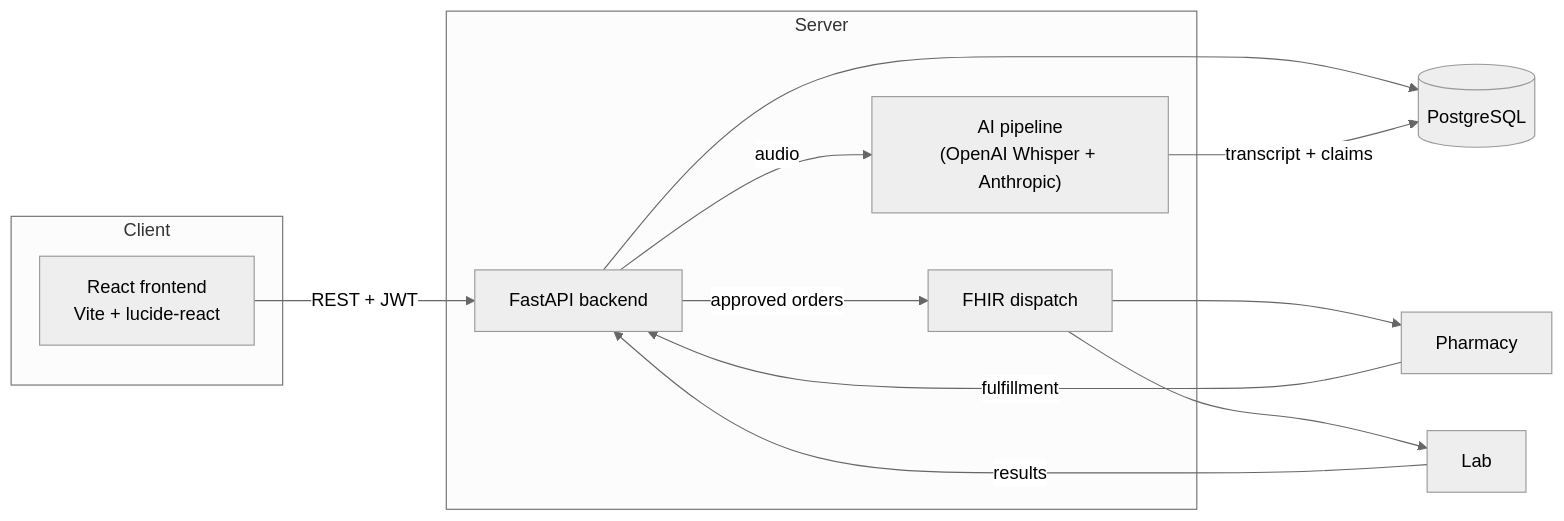
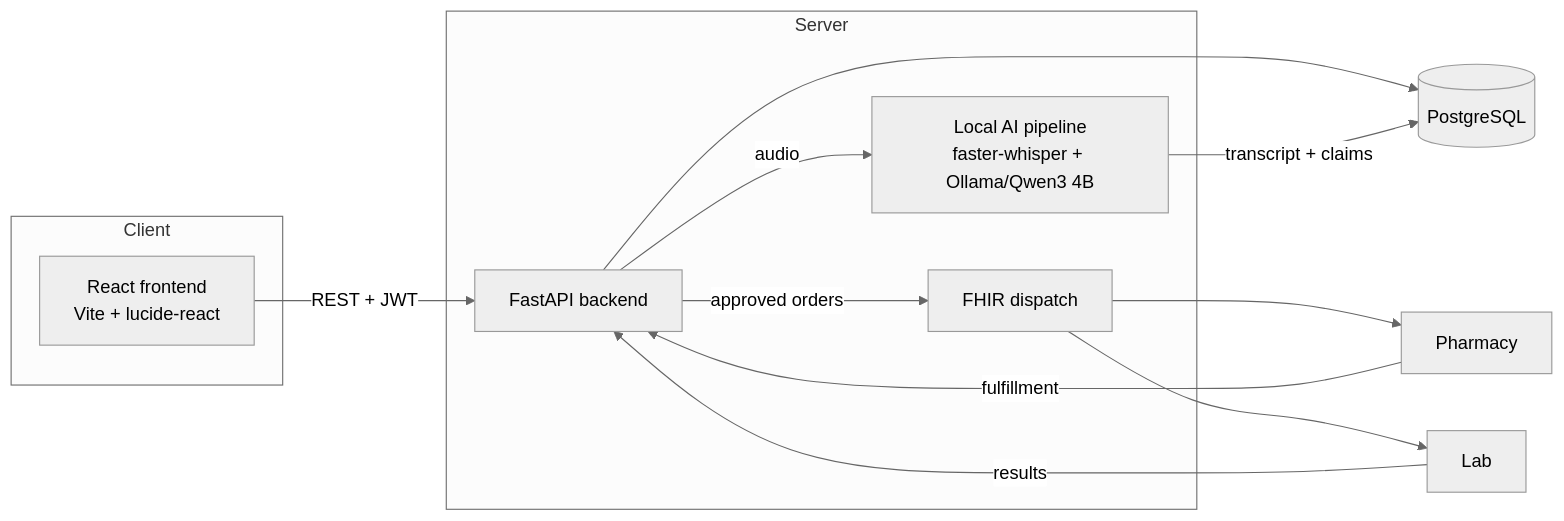
One commit to sahil0322/Health_consulting- changed the first of 2 diagrams in README.md. Above: the diagram before and after it, drawn with Mermaid (neutral theme). The commit also changed other lines of this file and 2 other files, not shown here.

Commit message:
Switched AI pipeline to local models

````diff
--- a/README.md
+++ b/README.md
@@ -88,26 +218,26 @@
 ```mermaid
 flowchart LR
     subgraph Client
         FE[React frontend<br/>Vite + lucide-react]
     end
 
     subgraph Server
         API[FastAPI backend]
-        AI["AI pipeline<br/>(OpenAI Whisper + Anthropic)"]
+        AI["Local AI pipeline<br/>faster-whisper + Ollama/Qwen3 4B"]
         FHIR[FHIR dispatch]
     end
 
     DB[(PostgreSQL)]
     Pharmacy[Pharmacy]
     Lab[Lab]
 
     FE -- "REST + JWT" --> API
     API --> DB
     API -- "audio" --> AI
     AI -- "transcript + claims" --> DB
     API -- "approved orders" --> FHIR
     FHIR --> Pharmacy
     FHIR --> Lab
     Pharmacy -- "fulfillment" --> API
     Lab -- "results" --> API
 ```
````
